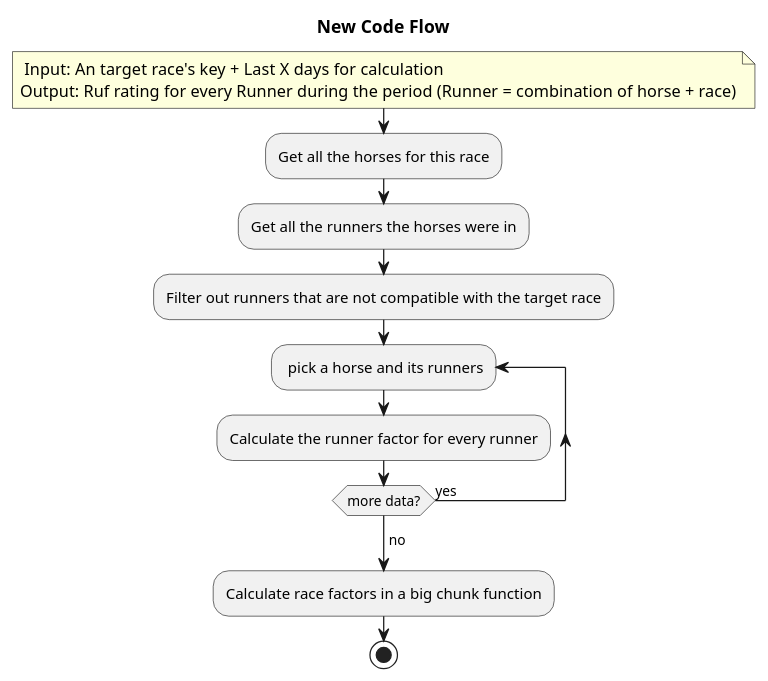
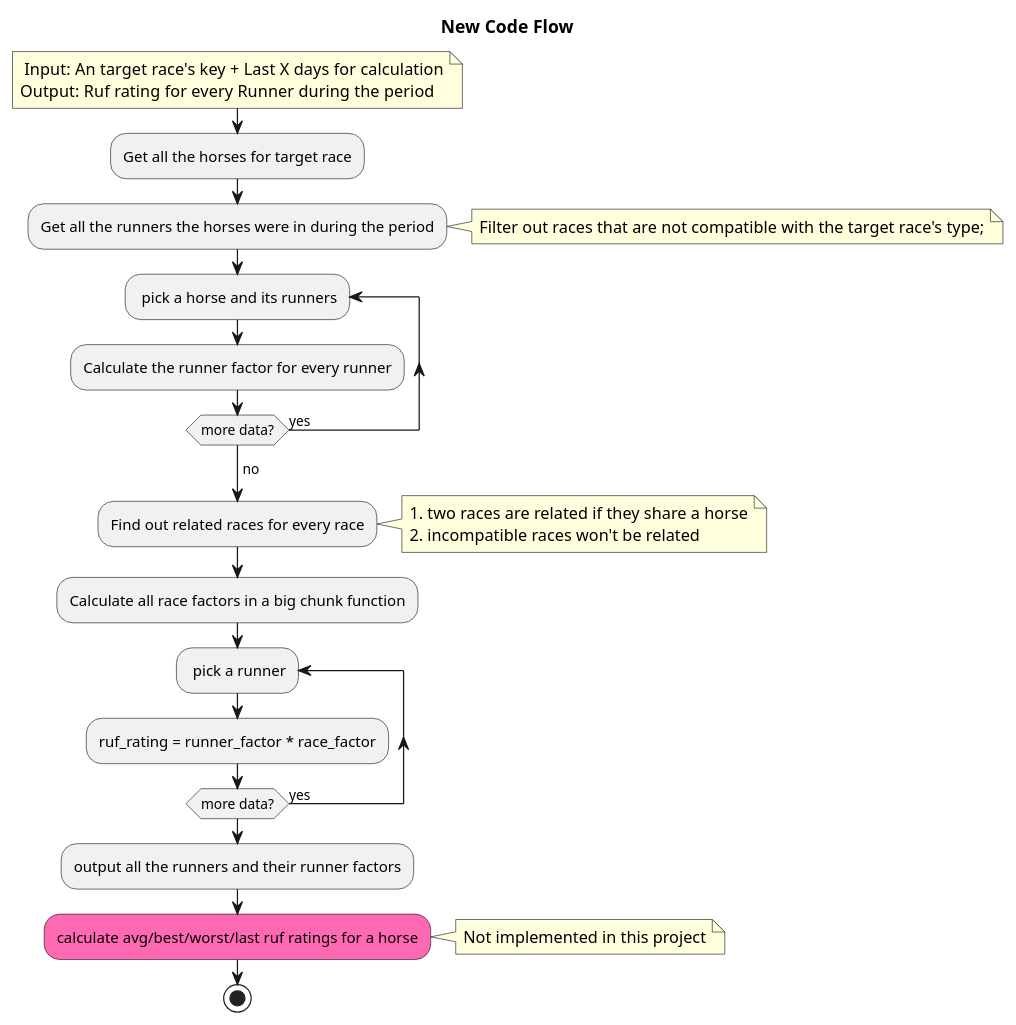
One commit to Ramadamadam/fl-track-mate-rating-algorithm changed the diagram in doc/new-code-flow/00.new-flow.puml. Above: the diagram before and after it, drawn with PlantUML. The commit also changed 6 other files, not shown here.

```diff
--- a/doc/new-code-flow/00.new-flow.puml
+++ b/doc/new-code-flow/00.new-flow.puml
@@ -1,22 +1,38 @@
 @startuml
 
 
 title New Code Flow
 note
  Input:  An target race's key + Last X days for calculation
-Output:  Ruf rating for every Runner during the period (Runner = combination of horse + race)
+Output:  Ruf rating for every Runner during the period
 end note
 
-:Get all the horses for this race;
-:Get all the runners the horses were in;
-:Filter out runners that are not compatible with the target race;
+:Get all the horses for target race;
+:Get all the runners the horses were in during the period;
+note right
+Filter out races that are not compatible with the target race's type;
+end note
 repeat: pick a horse and its runners
 :Calculate the runner factor for every runner;
 repeat while (more data?) is (yes)
 ->no;
-:Calculate race factors in a big chunk function;
+:Find out related races for every race;
+note right
+1. two races are related if they share a horse
+2. incompatible races won't be related
+end note
+:Calculate all race factors in a big chunk function;
+repeat: pick a runner
+:ruf_rating = runner_factor * race_factor;
+repeat while (more data?) is (yes)
 
+:output all the runners and their runner factors;
+
+#HotPink:calculate avg/best/worst/last ruf ratings for a horse;
+note right
+Not implemented in this project
+end note
 
 stop
 
 @enduml
```
